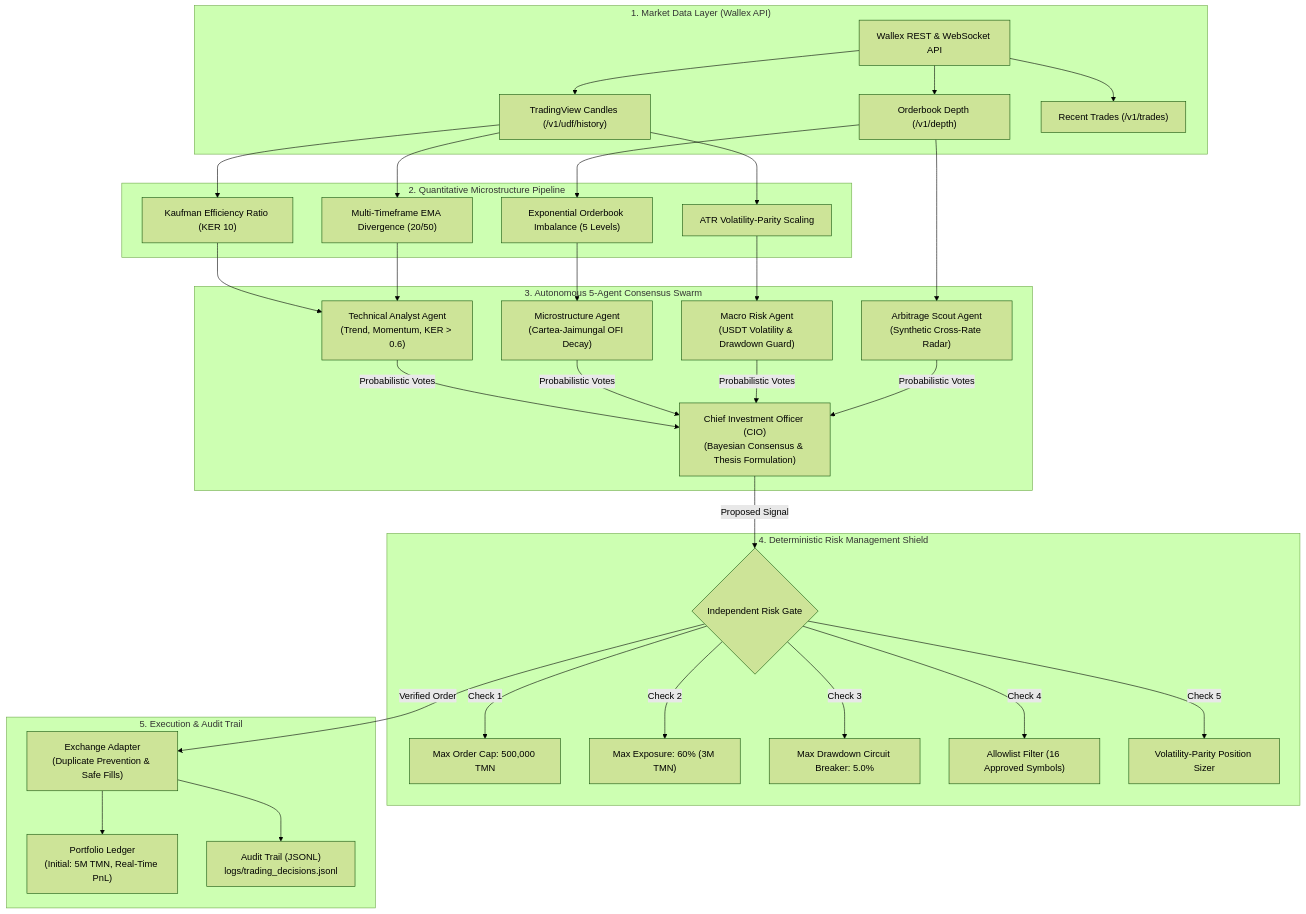
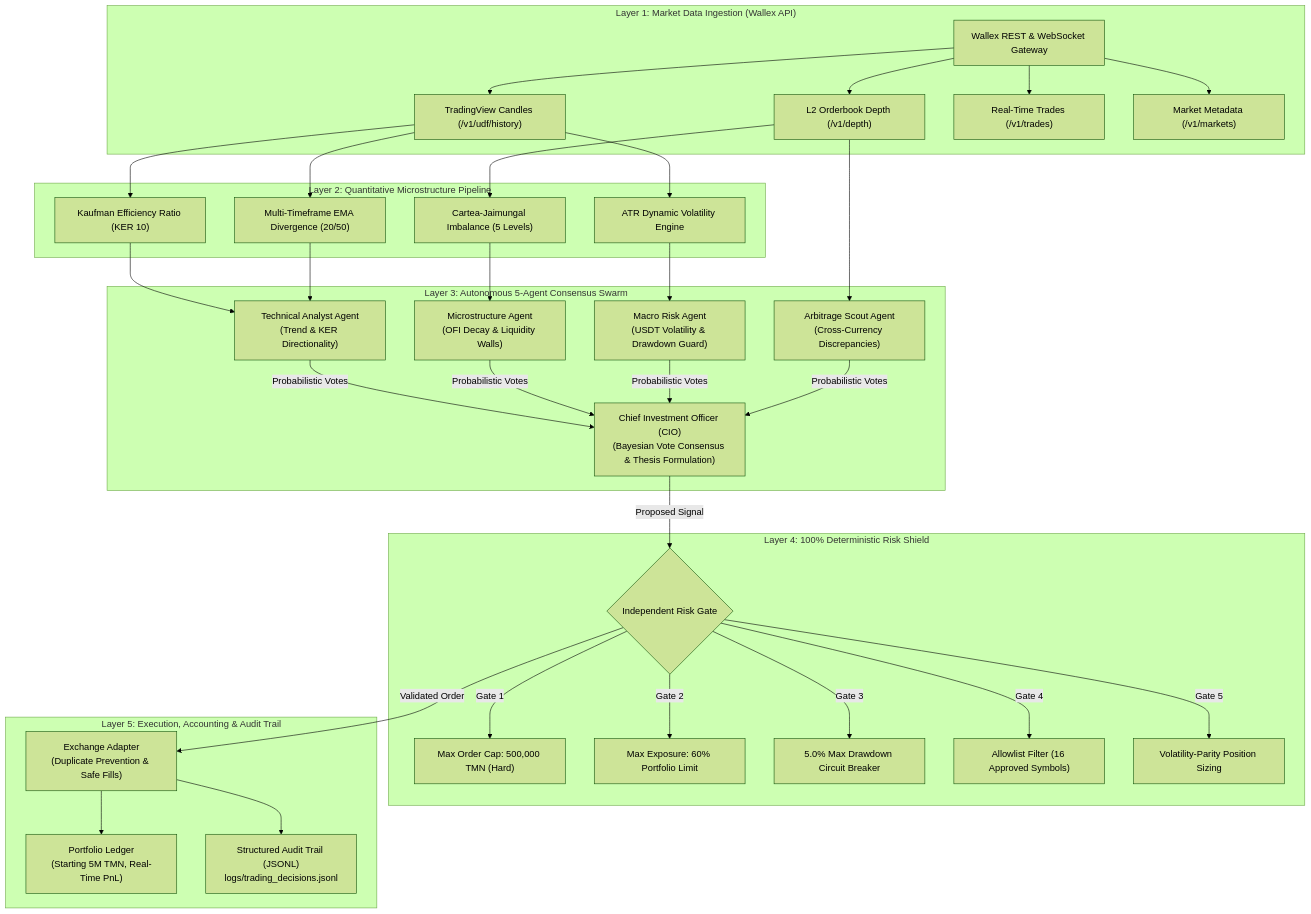
The diagram in README.md (AliFazelniya/wallextrade), drawn with Mermaid (forest theme) before and after one commit. The commit also changed other lines of this file, not shown here.

Commit message:
Refactor README.md to enhance clarity, update section headings, and improve formatting. Add detailed descriptions of the algorithm architecture, trading logic, and risk management methodologies.

````diff
--- a/README.md
+++ b/README.md
@@ -64,53 +75,54 @@
 ```mermaid
 flowchart TD
-    subgraph DataLayer["1. Market Data Layer (Wallex API)"]
-        W_API["Wallex REST & WebSocket API"]
-        DEPTH["Orderbook Depth (/v1/depth)"]
+    subgraph DataLayer["Layer 1: Market Data Ingestion (Wallex API)"]
+        W_API["Wallex REST & WebSocket Gateway"]
+        DEPTH["L2 Orderbook Depth (/v1/depth)"]
         UDF["TradingView Candles (/v1/udf/history)"]
-        TRADES["Recent Trades (/v1/trades)"]
-        W_API --> DEPTH & UDF & TRADES
+        TRADES["Real-Time Trades (/v1/trades)"]
+        MARKETS["Market Metadata (/v1/markets)"]
+        W_API --> DEPTH & UDF & TRADES & MARKETS
     end
 
-    subgraph FeatureLayer["2. Quantitative Microstructure Pipeline"]
+    subgraph FeatureLayer["Layer 2: Quantitative Microstructure Pipeline"]
         KER["Kaufman Efficiency Ratio (KER 10)"]
-        OFI["Exponential Orderbook Imbalance (5 Levels)"]
+        OFI["Cartea-Jaimungal Imbalance (5 Levels)"]
         EMA["Multi-Timeframe EMA Divergence (20/50)"]
-        VOL["ATR Volatility-Parity Scaling"]
+        VOL["ATR Dynamic Volatility Engine"]
         DEPTH --> OFI
         UDF --> KER & EMA & VOL
     end
 
-    subgraph AgentCouncil["3. Autonomous 5-Agent Consensus Swarm"]
-        A_TECH["Technical Analyst Agent\n(Trend, Momentum, KER > 0.6)"]
-        A_MICRO["Microstructure Agent\n(Cartea-Jaimungal OFI Decay)"]
+    subgraph AgentCouncil["Layer 3: Autonomous 5-Agent Consensus Swarm"]
+        A_TECH["Technical Analyst Agent\n(Trend & KER Directionality)"]
+        A_MICRO["Microstructure Agent\n(OFI Decay & Liquidity Walls)"]
         A_MACRO["Macro Risk Agent\n(USDT Volatility & Drawdown Guard)"]
-        A_ARB["Arbitrage Scout Agent\n(Synthetic Cross-Rate Radar)"]
-        CIO["Chief Investment Officer (CIO)\n(Bayesian Consensus & Thesis Formulation)"]
+        A_ARB["Arbitrage Scout Agent\n(Cross-Currency Discrepancies)"]
+        CIO["Chief Investment Officer (CIO)\n(Bayesian Vote Consensus & Thesis Formulation)"]
 
         KER & EMA --> A_TECH
         OFI --> A_MICRO
         VOL --> A_MACRO
         DEPTH --> A_ARB
 
         A_TECH & A_MICRO & A_MACRO & A_ARB -->|Probabilistic Votes| CIO
     end
 
-    subgraph RiskLayer["4. Deterministic Risk Management Shield"]
+    subgraph RiskLayer["Layer 4: 100% Deterministic Risk Shield"]
         CIO -->|Proposed Signal| RISK{"Independent Risk Gate"}
-        RISK -->|Check 1| R1["Max Order Cap: 500,000 TMN"]
-        RISK -->|Check 2| R2["Max Exposure: 60% (3M TMN)"]
-        RISK -->|Check 3| R3["Max Drawdown Circuit Breaker: 5.0%"]
-        RISK -->|Check 4| R4["Allowlist Filter (16 Approved Symbols)"]
-        RISK -->|Check 5| R5["Volatility-Parity Position Sizer"]
+        RISK -->|Gate 1| R1["Max Order Cap: 500,000 TMN (Hard)"]
+        RISK -->|Gate 2| R2["Max Exposure: 60% Portfolio Limit"]
+        RISK -->|Gate 3| R3["5.0% Max Drawdown Circuit Breaker"]
+        RISK -->|Gate 4| R4["Allowlist Filter (16 Approved Symbols)"]
+        RISK -->|Gate 5| R5["Volatility-Parity Position Sizing"]
     end
 
-    subgraph ExecutionLayer["5. Execution & Audit Trail"]
-        RISK -->|Verified Order| ADAPTER["Exchange Adapter\n(Duplicate Prevention & Safe Fills)"]
-        ADAPTER --> PORTFOLIO["Portfolio Ledger\n(Initial: 5M TMN, Real-Time PnL)"]
-        ADAPTER --> AUDIT["Audit Trail (JSONL)\nlogs/trading_decisions.jsonl"]
+    subgraph ExecutionLayer["Layer 5: Execution, Accounting & Audit Trail"]
+        RISK -->|Validated Order| ADAPTER["Exchange Adapter\n(Duplicate Prevention & Safe Fills)"]
+        ADAPTER --> PORTFOLIO["Portfolio Ledger\n(Starting 5M TMN, Real-Time PnL)"]
+        ADAPTER --> AUDIT["Structured Audit Trail (JSONL)\nlogs/trading_decisions.jsonl"]
     end
 
     classDef primary fill:#00E5FF,stroke:#00B0FF,stroke-width:2px,color:#000;
     classDef success fill:#00E676,stroke:#00C853,stroke-width:2px,color:#000;
     classDef danger fill:#FF5252,stroke:#D50000,stroke-width:2px,color:#fff;
 ```
````
